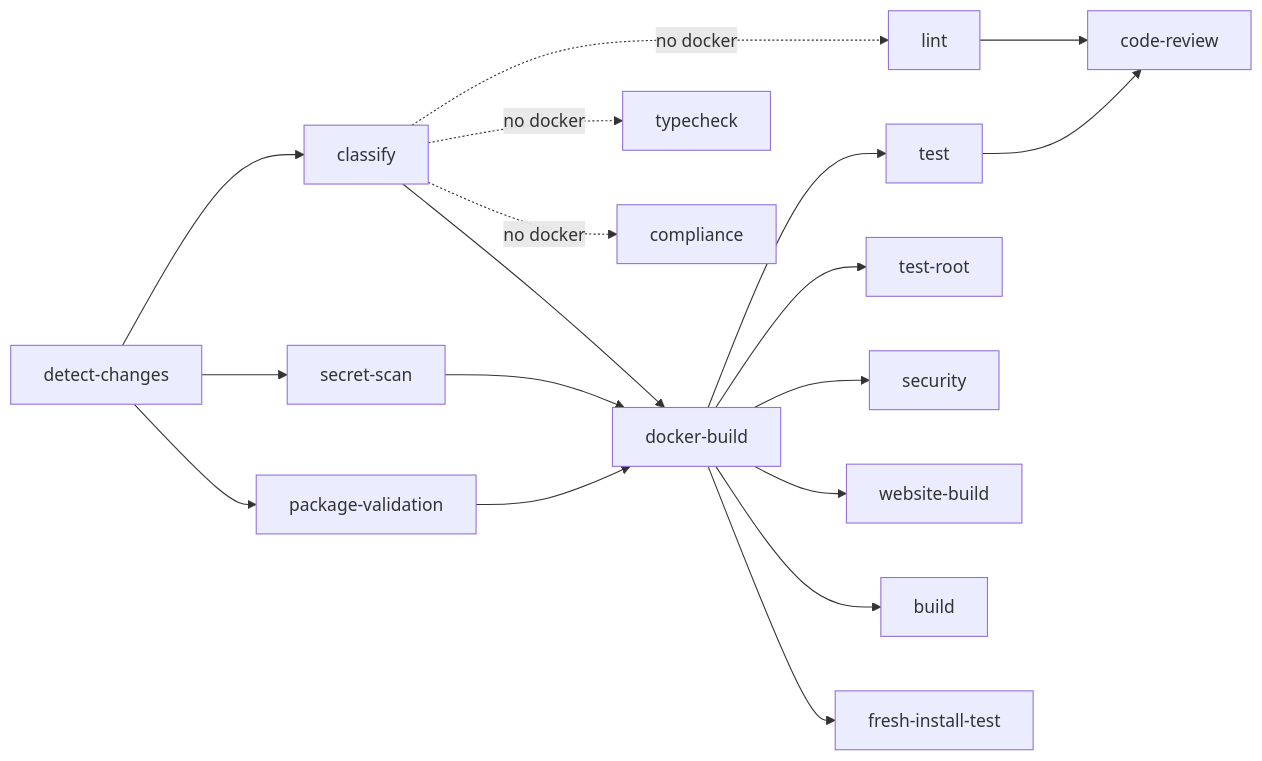
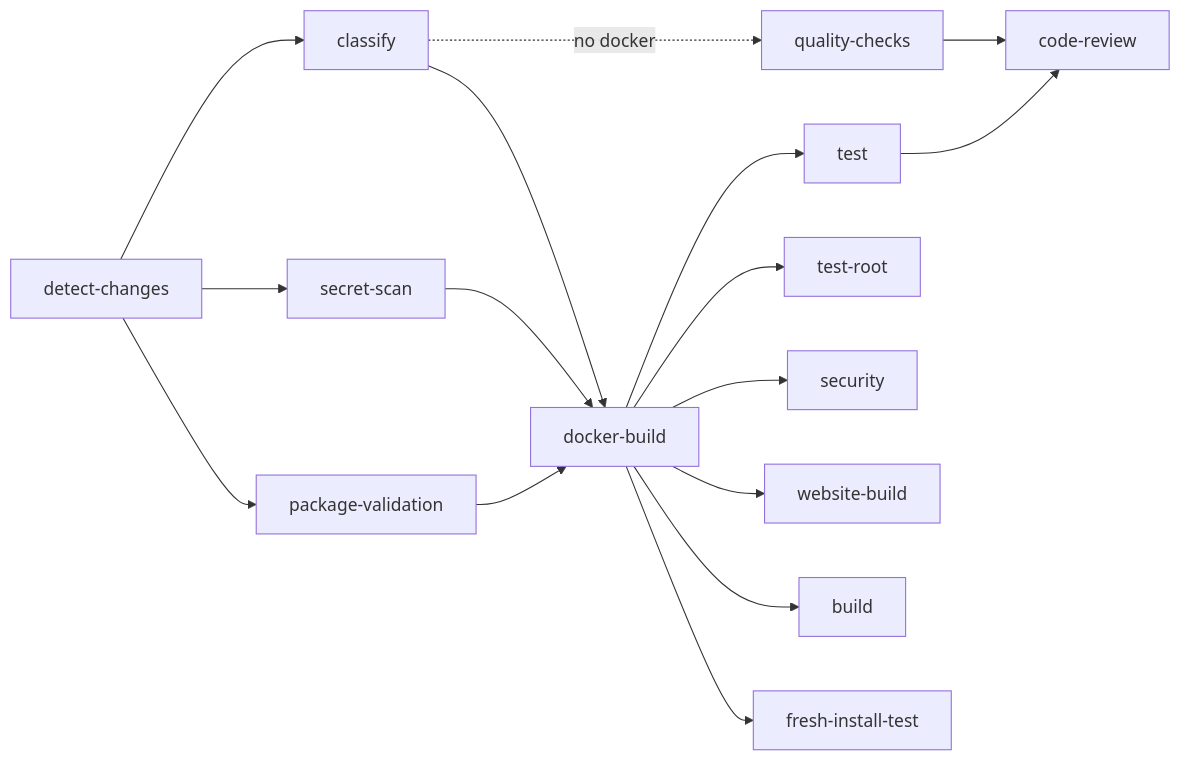
The diagram in .claude/development/ci-reference.md (smith-horn/skillsmith), drawn with Mermaid before and after one commit. The commit also changed other lines of this file and 2 other files, not shown here.

First line of the commit message:
ci: SMI-4908 follow-up — branch protection + docs for quality-checks bundle

````diff
--- a/.claude/development/ci-reference.md
+++ b/.claude/development/ci-reference.md
@@ -159,24 +159,22 @@
 ```mermaid
 graph LR
   detect-changes --> classify
   detect-changes --> secret-scan
   detect-changes --> package-validation
 
   classify --> docker-build
   secret-scan --> docker-build
   package-validation --> docker-build
 
-  classify -.no docker.-> lint
-  classify -.no docker.-> typecheck
-  classify -.no docker.-> compliance
+  classify -.no docker.-> quality-checks
 
   docker-build --> test
   docker-build --> test-root
   docker-build --> security
   docker-build --> website-build
   docker-build --> build
   docker-build --> fresh-install-test
 
-  lint --> code-review
+  quality-checks --> code-review
   test --> code-review
 ```
````
